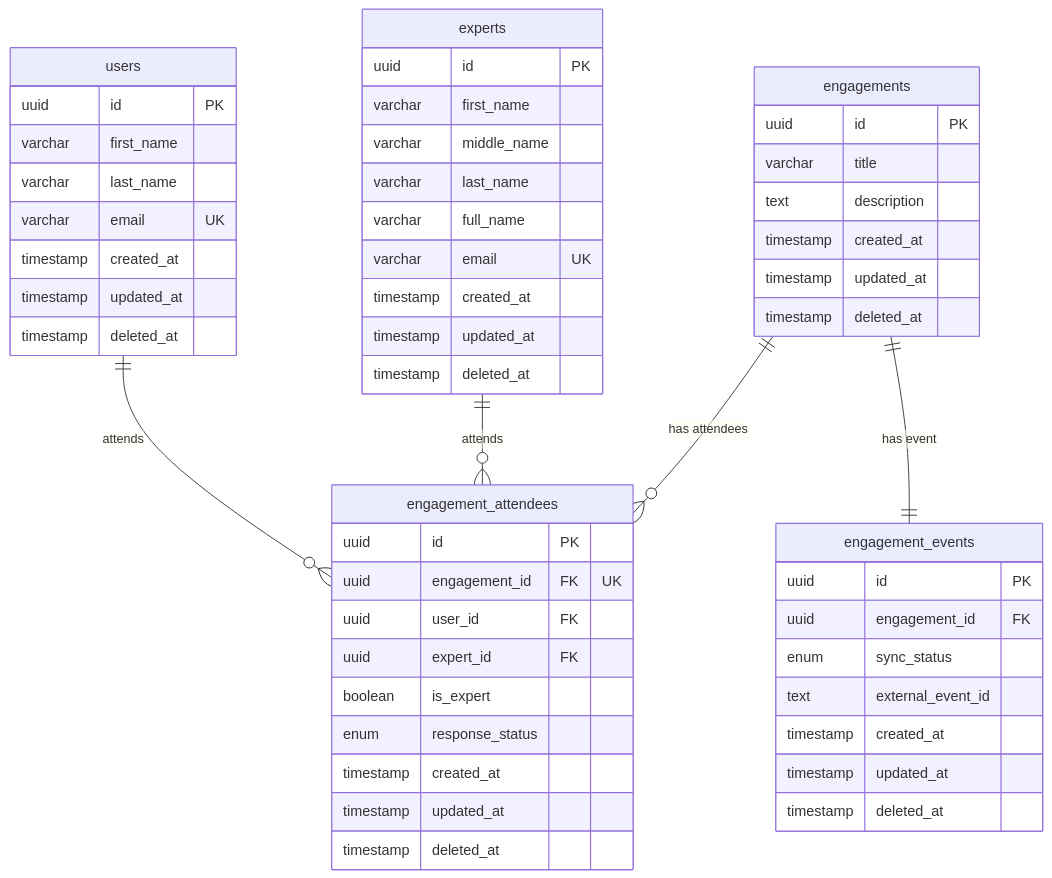
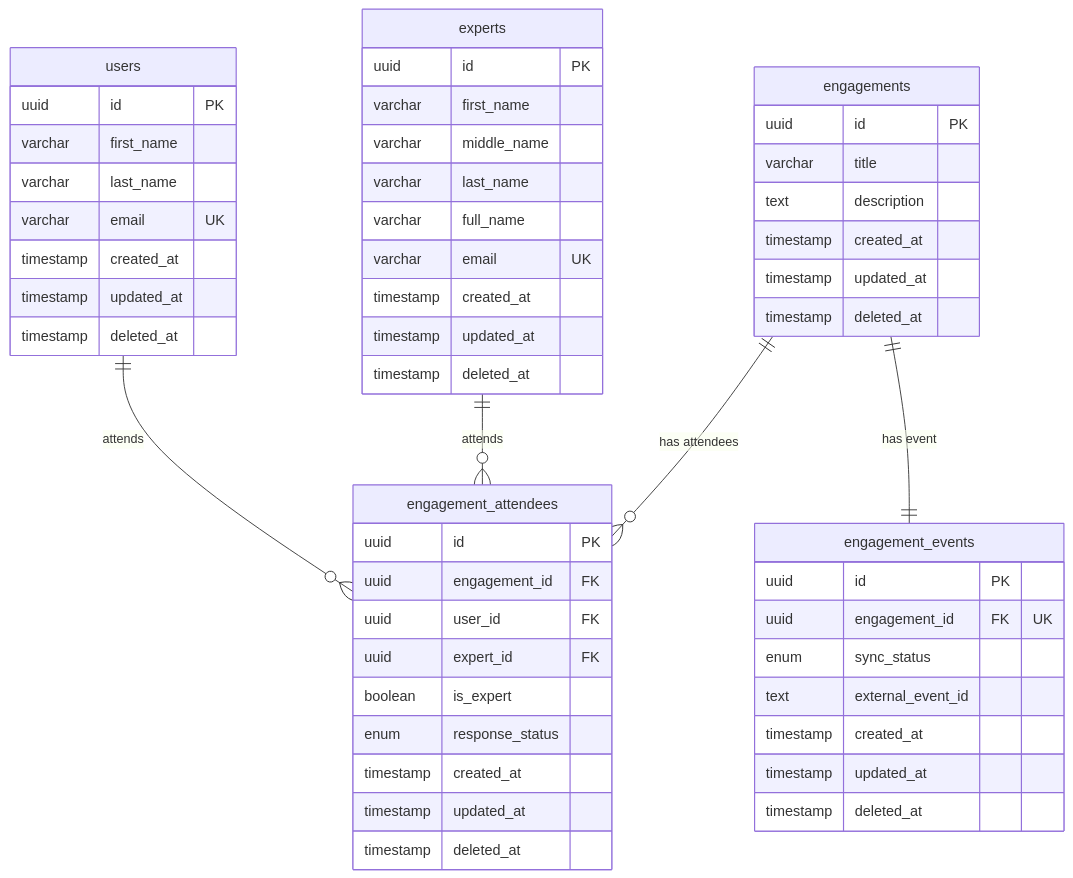
One commit to ilicnemanja/meet-flow-app changed the diagram in apps/backend/docs/database-schema.md. Above: the diagram before and after it, drawn with Mermaid. The commit also changed other lines of this file, not shown here.

````diff
--- a/apps/backend/docs/database-schema.md
+++ b/apps/backend/docs/database-schema.md
@@ -9,60 +9,60 @@
 ```mermaid
 erDiagram
     users {
         uuid id PK
         varchar first_name
         varchar last_name
         varchar email UK
         timestamp created_at
         timestamp updated_at
         timestamp deleted_at
     }
 
     experts {
         uuid id PK
         varchar first_name
         varchar middle_name
         varchar last_name
         varchar full_name
         varchar email UK
         timestamp created_at
         timestamp updated_at
         timestamp deleted_at
     }
 
     engagements {
         uuid id PK
         varchar title
         text description
         timestamp created_at
         timestamp updated_at
         timestamp deleted_at
     }
 
     engagement_attendees {
         uuid id PK
-        uuid engagement_id FK "UK"
+        uuid engagement_id FK
         uuid user_id FK
         uuid expert_id FK
         boolean is_expert
         enum response_status
         timestamp created_at
         timestamp updated_at
         timestamp deleted_at
     }
 
     engagement_events {
         uuid id PK
-        uuid engagement_id FK
+        uuid engagement_id FK "UK"
         enum sync_status
         text external_event_id
         timestamp created_at
         timestamp updated_at
         timestamp deleted_at
     }
 
     users ||--o{ engagement_attendees : "attends"
     experts ||--o{ engagement_attendees : "attends"
     engagements ||--o{ engagement_attendees : "has attendees"
     engagements ||--|| engagement_events : "has event"
 ```
````
